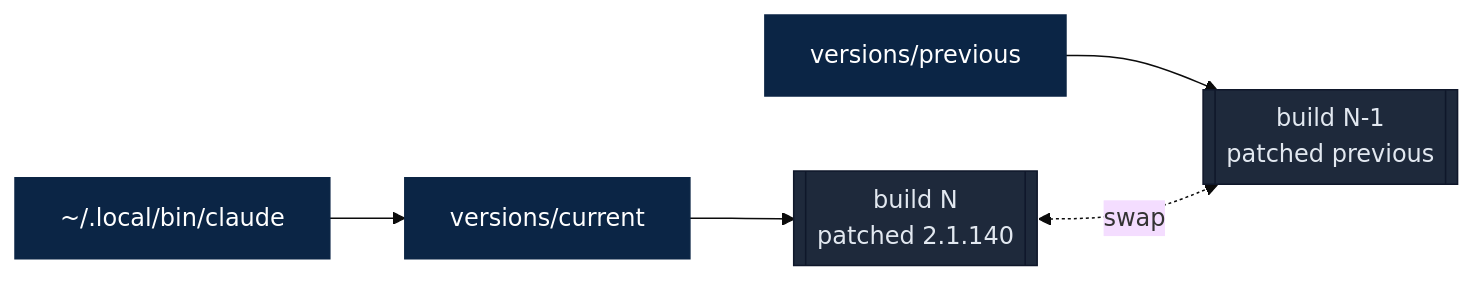
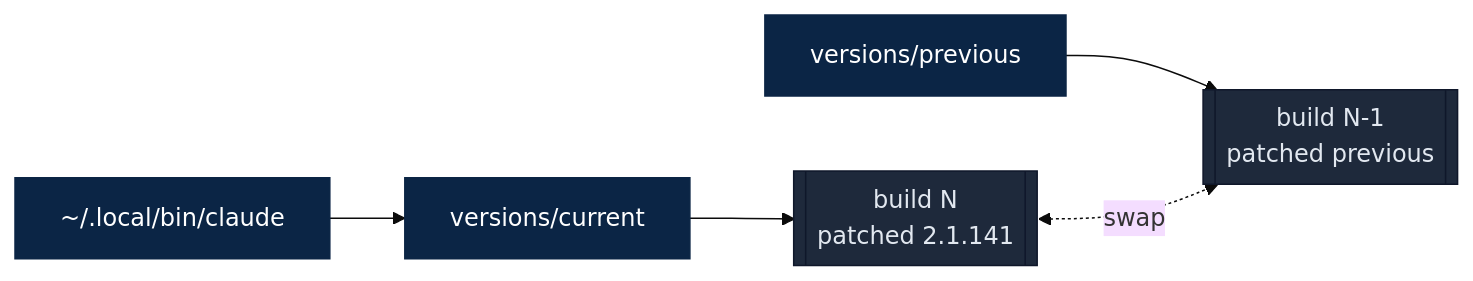
The second of 3 diagrams in README.md (camjac251/cc-enhanced), drawn with Mermaid (base theme) before and after one commit. The commit also changed other lines of this file and 5 other files, not shown here.

````diff
--- a/README.md
+++ b/README.md
@@ -70,13 +70,13 @@
 ```mermaid
 flowchart LR
     Launcher["~/.local/bin/claude"] --> Current["versions/current"]
     Previous["versions/previous"]
-    Current --> NewBuild[["build N<br/>patched 2.1.140"]]
+    Current --> NewBuild[["build N<br/>patched 2.1.141"]]
     Previous --> OldBuild[["build N-1<br/>patched previous"]]
     NewBuild <-. swap .-> OldBuild
 
     classDef sym fill:#0b2545,stroke:#0b2545,color:#fff
     classDef build fill:#1e293b,stroke:#0f172a,color:#e2e8f0
     class Launcher,Current,Previous sym
     class NewBuild,OldBuild build
 ```
````
